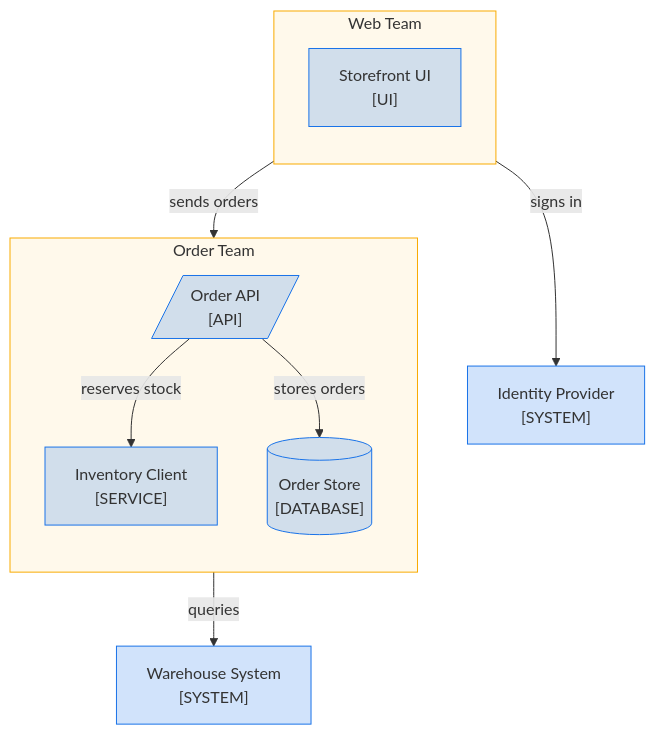
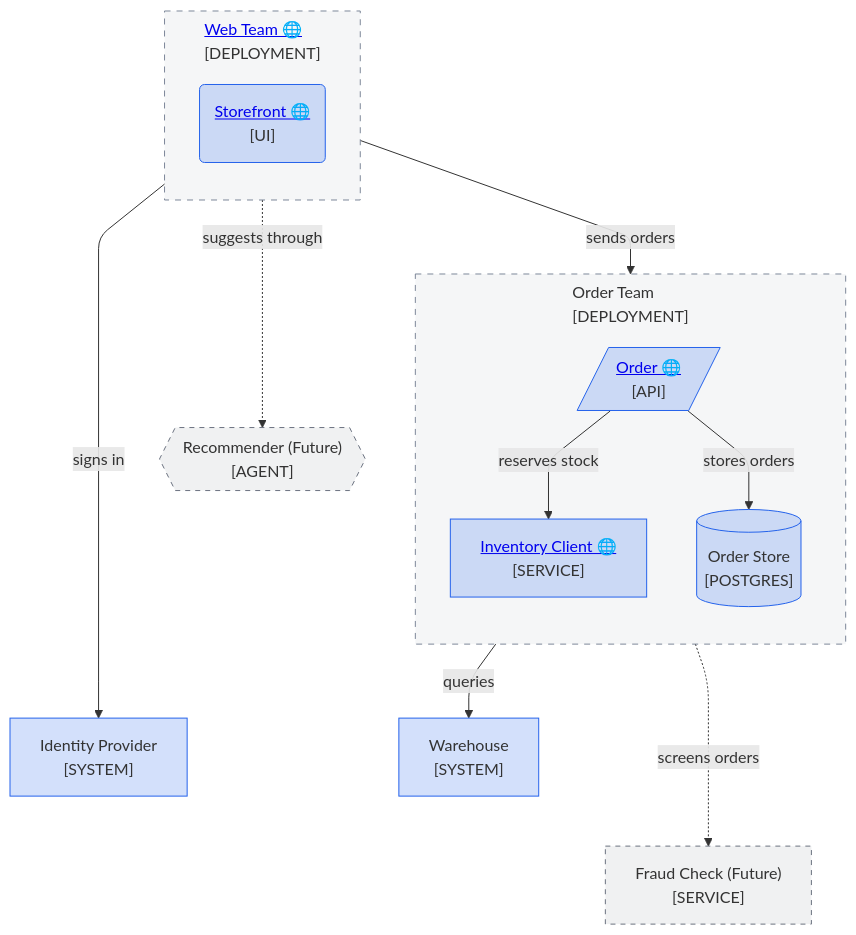
Before and after one commit to choonchernlim/skills: the diagram in skills/docsmith/scripts/fixtures/good/docs/architecture.md, drawn with Mermaid. The commit also changed other lines of this file and 127 other files, not shown here.

````diff
--- a/skills/docsmith/scripts/fixtures/good/docs/architecture.md
+++ b/skills/docsmith/scripts/fixtures/good/docs/architecture.md
@@ -15,28 +17,35 @@
 ```mermaid
 graph TD
-  subgraph Web["Web Team"]
+  %%{init: {"themeCSS": ".cluster-label, .cluster-label div, .cluster-label span, .cluster-label p { text-align: center !important; }", "flowchart": {"curve": "rounded", "subGraphTitleMargin": {"top": 6, "bottom": 30}}}}%%
+  subgraph Web["<a href='../src/README.md'>Web Team 🌐</a><br/>[DEPLOYMENT]"]
     direction TB
-    Browser["Storefront UI<br/>[UI]"]
+    Browser("<a href='../src/README.md'>Storefront 🌐</a><br/>[UI]")
   end
 
-  subgraph Orders["Order Team"]
+  subgraph Orders["Order Team<br/>[DEPLOYMENT]"]
     direction TB
-    Route[/"Order API<br/>[API]"/]
-    Inventory["Inventory Client<br/>[SERVICE]"]
-    Store[("Order Store<br/>[DATABASE]")]
+    Route[/"<a href='../src/api.ts'>Order 🌐</a><br/>[API]"/]
+    Inventory["<a href='../src/inventory/client.ts'>Inventory Client 🌐</a><br/>[SERVICE]"]
+    Store[("Order Store<br/>[POSTGRES]")]
   end
 
   Identity["Identity Provider<br/>[SYSTEM]"]
-  Warehouse["Warehouse System<br/>[SYSTEM]"]
+  Warehouse["Warehouse<br/>[SYSTEM]"]
+  Fraud["Fraud Check (Future)<br/>[SERVICE]"]
+  Recs{{"Recommender (Future)<br/>[AGENT]"}}
 
-  Browser -->|"signs in"| Identity
+  Browser --->|"signs in"| Identity
   Browser -->|"sends orders"| Route
   Route -->|"reserves stock"| Inventory
   Route -->|"stores orders"| Store
   Inventory -->|"queries"| Warehouse
+  Route -..->|"screens orders"| Fraud
+  Browser -.->|"suggests through"| Recs
 
   class Browser,Route,Inventory,Store,Identity,Warehouse own
+  class Fraud,Recs future
   class Web,Orders boundary
-  classDef own fill:#1a73e833,stroke:#1a73e8
-  classDef boundary fill:#f9ab0014,stroke:#f9ab00
+  classDef own fill:#2563eb33,stroke:#2563eb
+  classDef boundary fill:#7d879914,stroke:#7d8799,stroke-dasharray:6
+  classDef future fill:#6b72801a,stroke:#6b7280,stroke-dasharray:5
 ```
````
